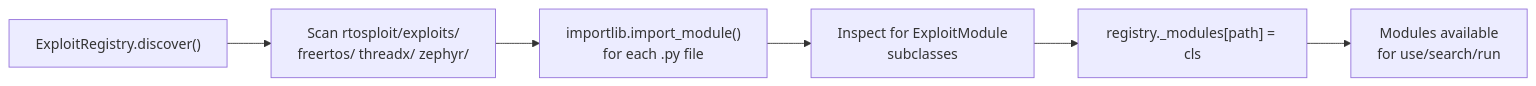
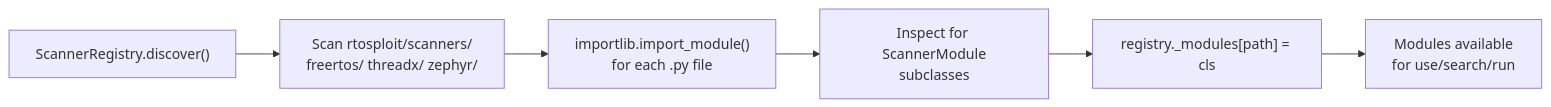
Before and after one commit to Indspl0it/RTOSploit: the ninth of 20 diagrams in docs/architecture.md, drawn with Mermaid. The commit also changed other lines of this file and 86 other files, not shown here.

First line of the commit message:
feat: rename exploits to vulnerability scanners, rewrite reporting, fix CLI bugs

````diff
--- a/docs/architecture.md
+++ b/docs/architecture.md
@@ -283,8 +283,8 @@
 ```mermaid
 flowchart LR
-    registry["ExploitRegistry.discover()"] --> scan["Scan rtosploit/exploits/\nfreertos/ threadx/ zephyr/"]
+    registry["ScannerRegistry.discover()"] --> scan["Scan rtosploit/scanners/\nfreertos/ threadx/ zephyr/"]
     scan --> importlib["importlib.import_module()\nfor each .py file"]
-    importlib --> inspect["Inspect for ExploitModule\nsubclasses"]
+    importlib --> inspect["Inspect for ScannerModule\nsubclasses"]
     inspect --> register["registry._modules[path] = cls"]
     register --> ready["Modules available\nfor use/search/run"]
 ```
````
